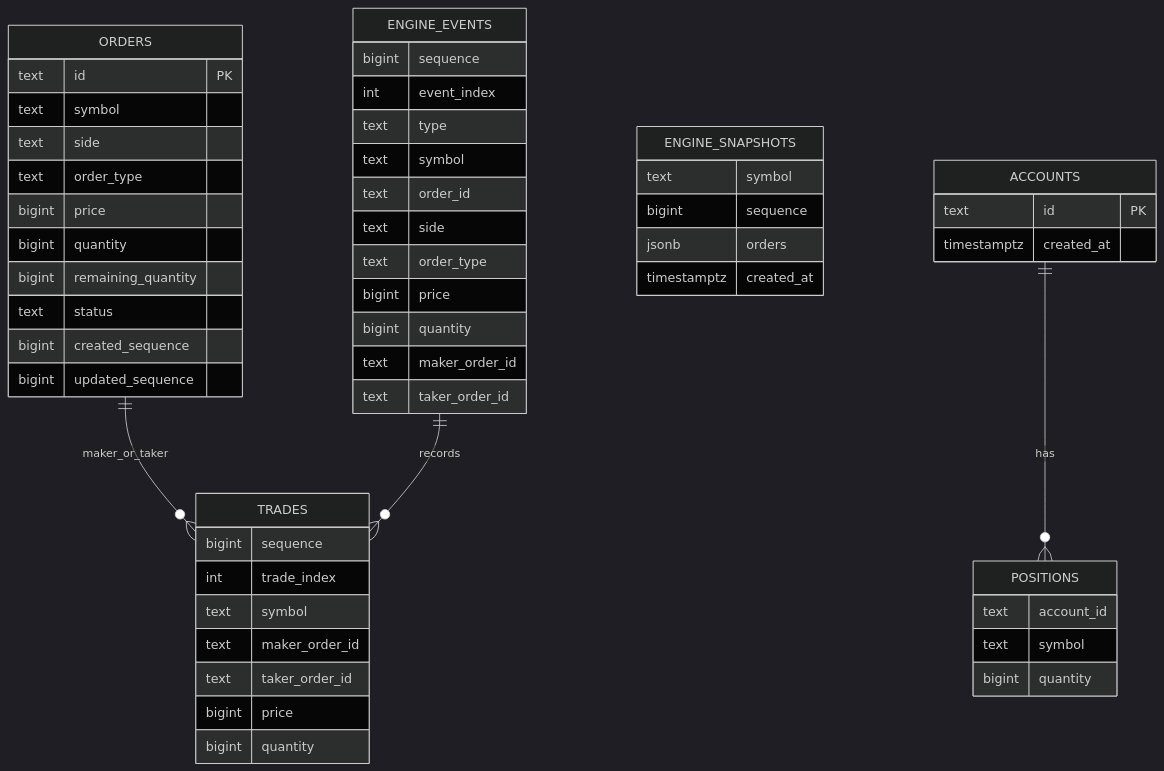
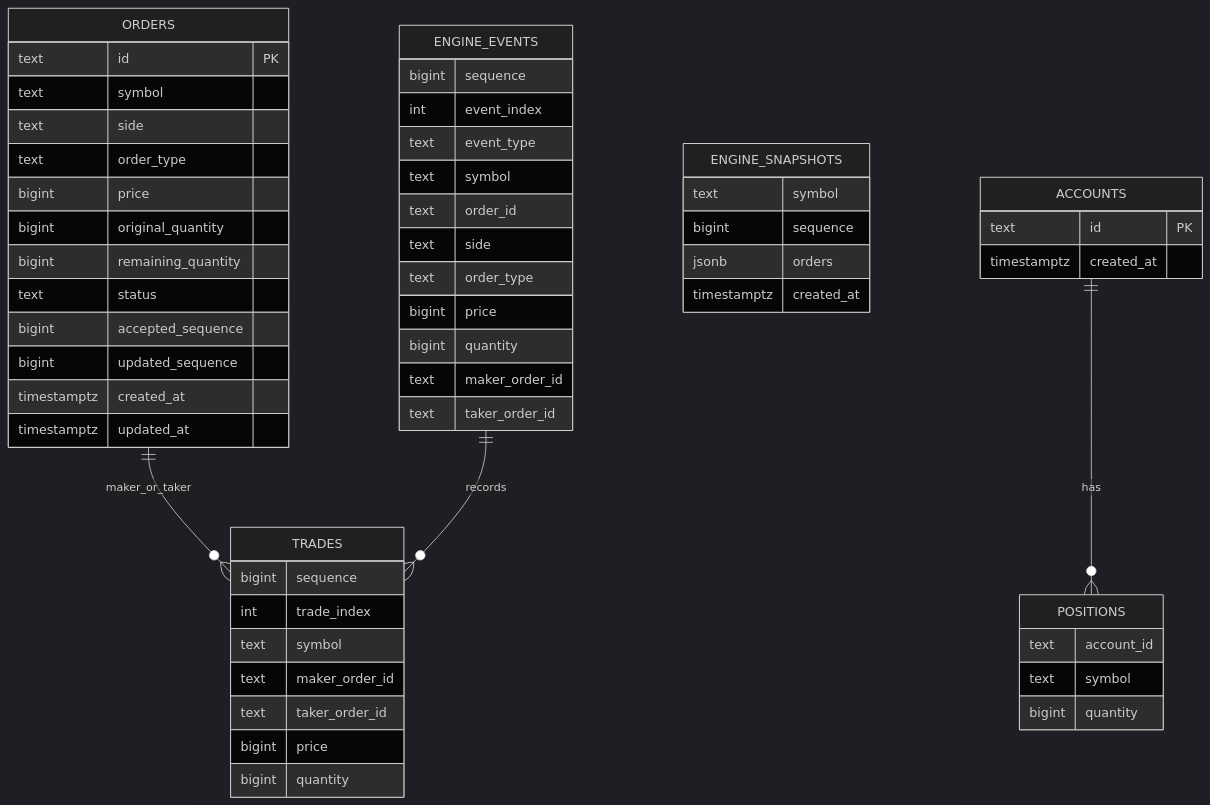
Before and after one commit to ErenKarakus1/Trading-Engine: the second of 2 diagrams in README.md, drawn with Mermaid (dark theme). The commit also changed other lines of this file, not shown here.

````diff
--- a/README.md
+++ b/README.md
@@ -312,61 +325,63 @@
 ```mermaid
 erDiagram
     ENGINE_EVENTS {
         bigint sequence
         int event_index
-        text type
+        text event_type
         text symbol
         text order_id
         text side
         text order_type
         bigint price
         bigint quantity
         text maker_order_id
         text taker_order_id
     }
 
     ORDERS {
         text id PK
         text symbol
         text side
         text order_type
         bigint price
-        bigint quantity
+        bigint original_quantity
         bigint remaining_quantity
         text status
-        bigint created_sequence
+        bigint accepted_sequence
         bigint updated_sequence
+        timestamptz created_at
+        timestamptz updated_at
     }
 
     TRADES {
         bigint sequence
         int trade_index
         text symbol
         text maker_order_id
         text taker_order_id
         bigint price
         bigint quantity
     }
 
     ENGINE_SNAPSHOTS {
         text symbol
         bigint sequence
         jsonb orders
         timestamptz created_at
     }
 
     ACCOUNTS {
         text id PK
         timestamptz created_at
     }
 
     POSITIONS {
         text account_id
         text symbol
         bigint quantity
     }
 
     ORDERS ||--o{ TRADES : maker_or_taker
     ENGINE_EVENTS ||--o{ TRADES : records
     ACCOUNTS ||--o{ POSITIONS : has
 ```
````
